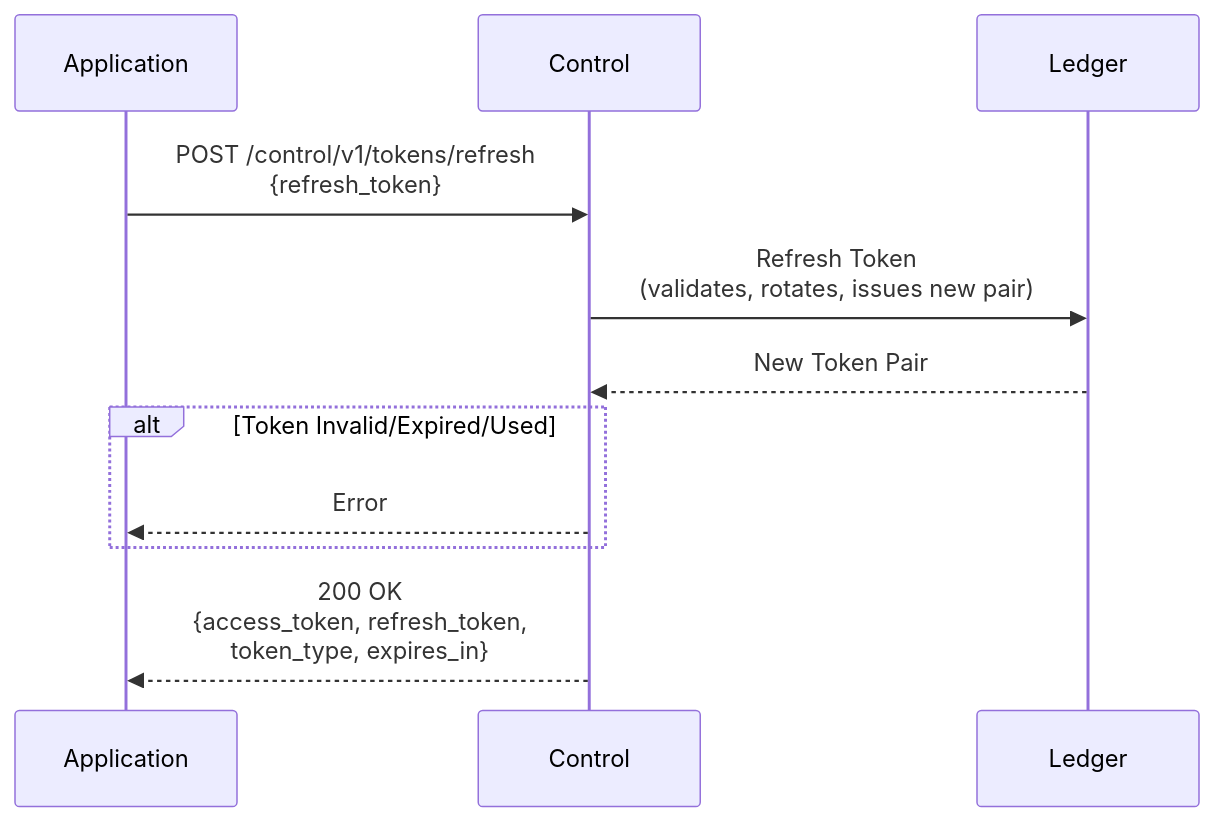
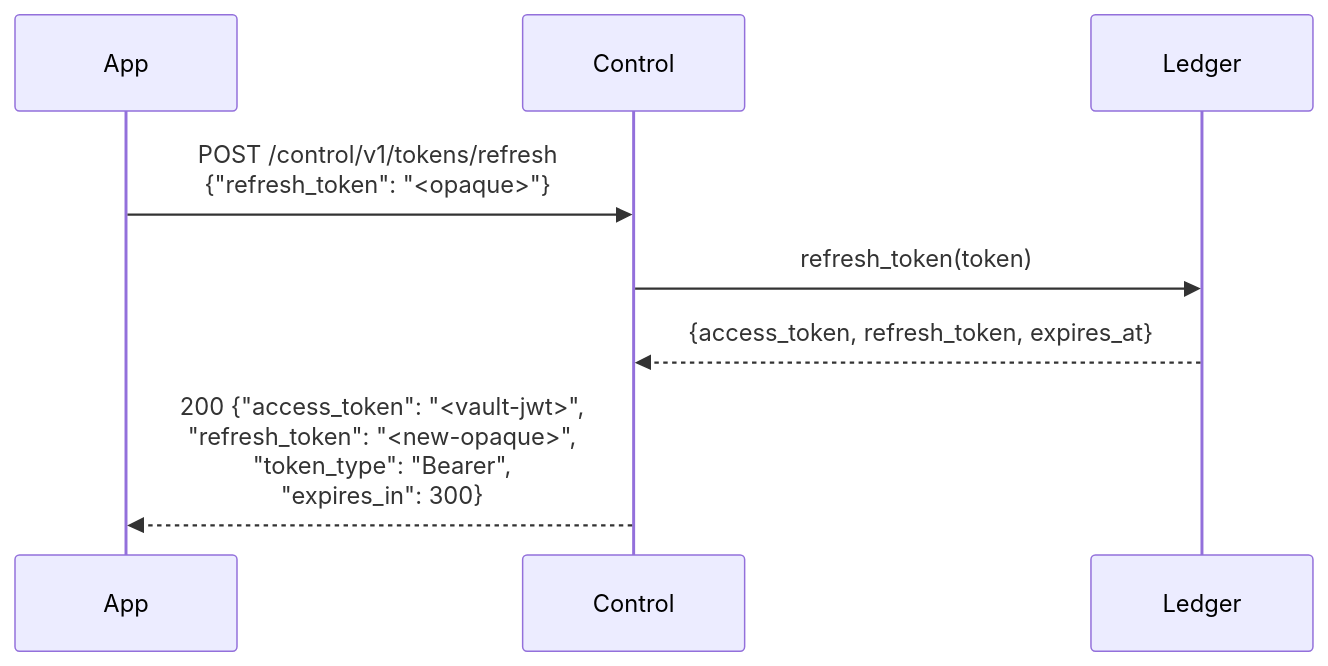
The ninth of 14 diagrams in docs/flows.md (inferadb/control), drawn with Mermaid before and after one commit. The commit also changed other lines of this file and 14 other files, not shown here.

````diff
--- a/docs/flows.md
+++ b/docs/flows.md
@@ -207,17 +242,11 @@
 ```mermaid
 sequenceDiagram
-    participant App as Application
-    participant API as Control
-    participant DB as Ledger
+    participant App
+    participant Control
+    participant Ledger
 
-    App->>API: POST /control/v1/tokens/refresh<br/>{refresh_token}
-
-    API->>DB: Refresh Token<br/>(validates, rotates, issues new pair)
-    DB-->>API: New Token Pair
-
-    alt Token Invalid/Expired/Used
-        API-->>App: Error
-    end
-
-    API-->>App: 200 OK<br/>{access_token, refresh_token,<br/>token_type, expires_in}
+    App->>Control: POST /control/v1/tokens/refresh<br/>{"refresh_token": "<opaque>"}
+    Control->>Ledger: refresh_token(token)
+    Ledger-->>Control: {access_token, refresh_token, expires_at}
+    Control-->>App: 200 {"access_token": "<vault-jwt>",<br/>"refresh_token": "<new-opaque>",<br/>"token_type": "Bearer",<br/>"expires_in": 300}
 ```
````
